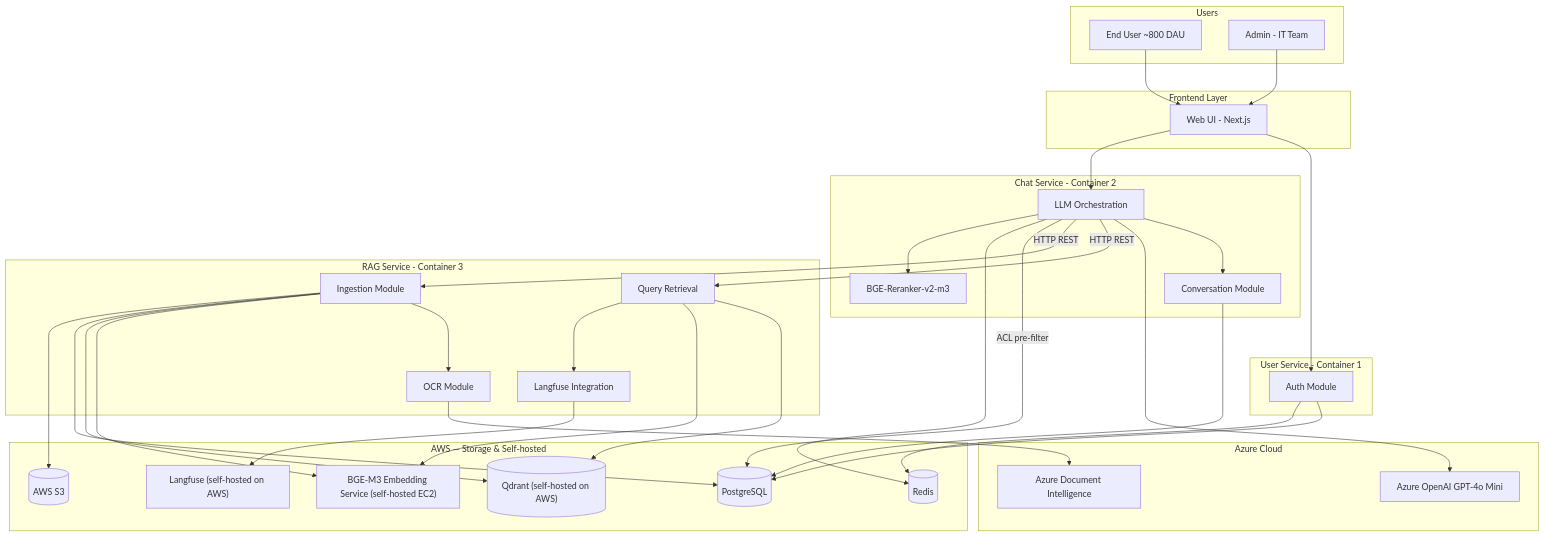
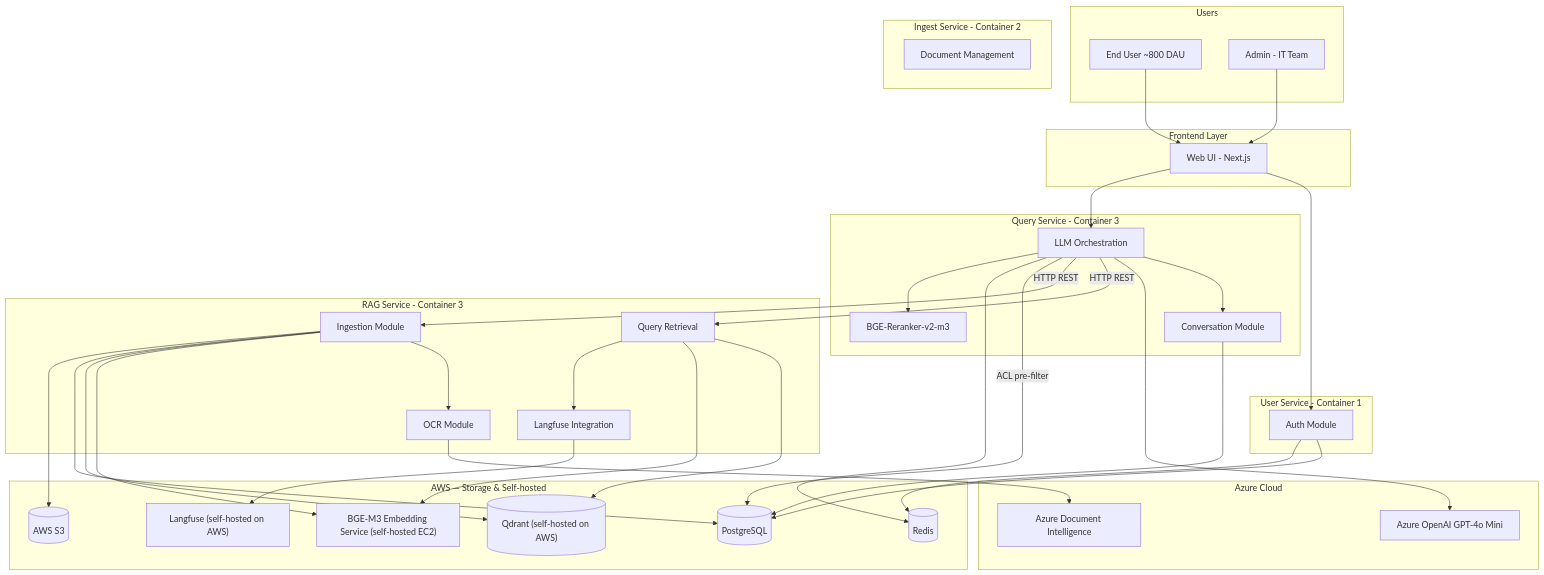
Before and after one commit to cds0987/DA08-VSF-AI: the first of 6 diagrams in docs/SA_RAG_Chatbot_Final.md, drawn with Mermaid. The commit also changed other lines of this file and 3 other files, not shown here.

````diff
--- a/docs/SA_RAG_Chatbot_Final.md
+++ b/docs/SA_RAG_Chatbot_Final.md
@@ -140,67 +140,71 @@
 ```mermaid
 graph TB
     subgraph USERS["Users"]
         EU["End User ~800 DAU"]
         ADM["Admin - IT Team"]
     end
 
     subgraph FRONTEND["Frontend Layer"]
         UI["Web UI - Next.js"]
     end
 
     subgraph USER_SVC["User Service - Container 1"]
         AUTH["Auth Module"]
     end
 
-    subgraph CHAT_SVC["Chat Service - Container 2"]
+    subgraph INGEST_SVC["Ingest Service - Container 2"]
+        DOCMGMT["Document Management"]
+    end
+
+    subgraph QUERY_SVC["Query Service - Container 3"]
         CONV["Conversation Module"]
         ORCH["LLM Orchestration"]
         RERANK["BGE-Reranker-v2-m3"]
     end
 
     subgraph RAG_SVC["RAG Service - Container 3"]
         QUERY["Query Retrieval"]
         INGEST["Ingestion Module"]
         OCR["OCR Module"]
         LFI["Langfuse Integration"]
     end
 
     subgraph AWS_STORAGE["AWS — Storage & Self-hosted"]
         QDRANT[("Qdrant (self-hosted on AWS)")]
         PG[("PostgreSQL")]
         S3[("AWS S3")]
         REDIS[("Redis")]
         BGE["BGE-M3 Embedding Service (self-hosted EC2)"]
         LF["Langfuse (self-hosted on AWS)"]
     end
 
     subgraph AZURE["Azure Cloud"]
         AOAI["Azure OpenAI GPT-4o Mini"]
         ADI["Azure Document Intelligence"]
     end
 
     EU --> UI
     ADM --> UI
     UI --> AUTH
     UI --> ORCH
     ORCH --> CONV
     ORCH --> AOAI
     ORCH -- "HTTP REST" --> QUERY
     ORCH -- "HTTP REST" --> INGEST
     QUERY --> QDRANT
     QUERY --> BGE
     QUERY --> LFI
     INGEST --> OCR
     INGEST --> BGE
     INGEST --> QDRANT
     INGEST --> PG
     INGEST --> S3
     OCR --> ADI
     CONV --> PG
     AUTH --> PG
     AUTH --> REDIS
     ORCH -- "ACL pre-filter" --> PG
     ORCH --> REDIS
     ORCH --> RERANK
     LFI --> LF
 ```
````
